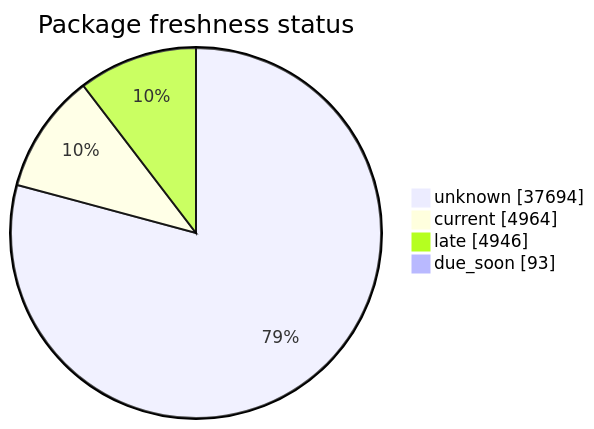
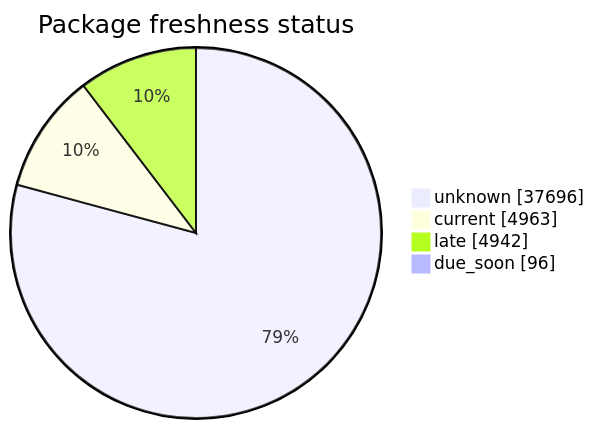
Before and after one commit to open-data/analytics-corporate-reporting: the second of 5 diagrams in FreshCheck/README.md, drawn with Mermaid. The commit also changed other lines of this file and 3 other files, not shown here.

````diff
--- a/FreshCheck/README.md
+++ b/FreshCheck/README.md
@@ -68,7 +68,7 @@
 ```mermaid
 pie showData title Package freshness status
-    "unknown": 37694
-    "current": 4964
-    "late": 4946
-    "due_soon": 93
+    "unknown": 37696
+    "current": 4963
+    "late": 4942
+    "due_soon": 96
 ```
````
